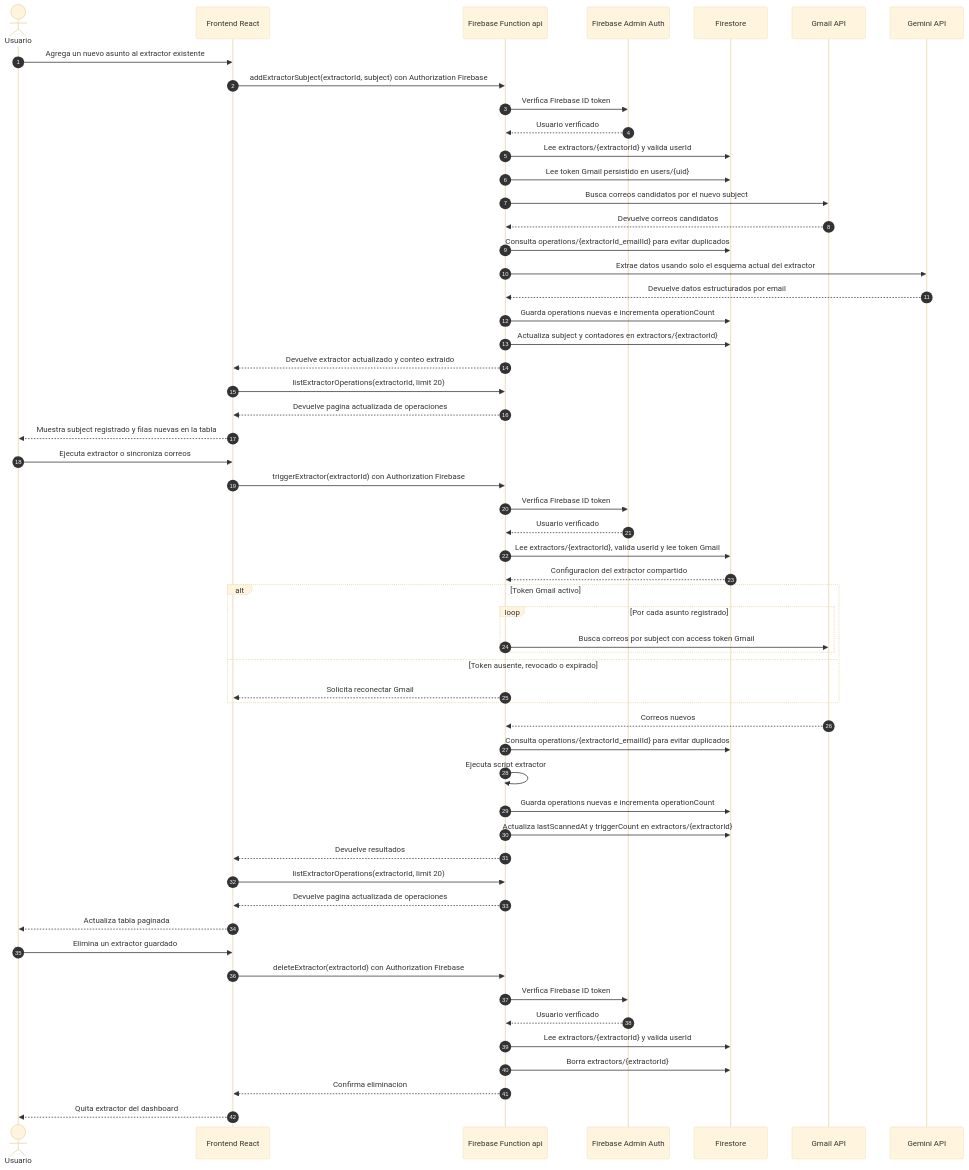
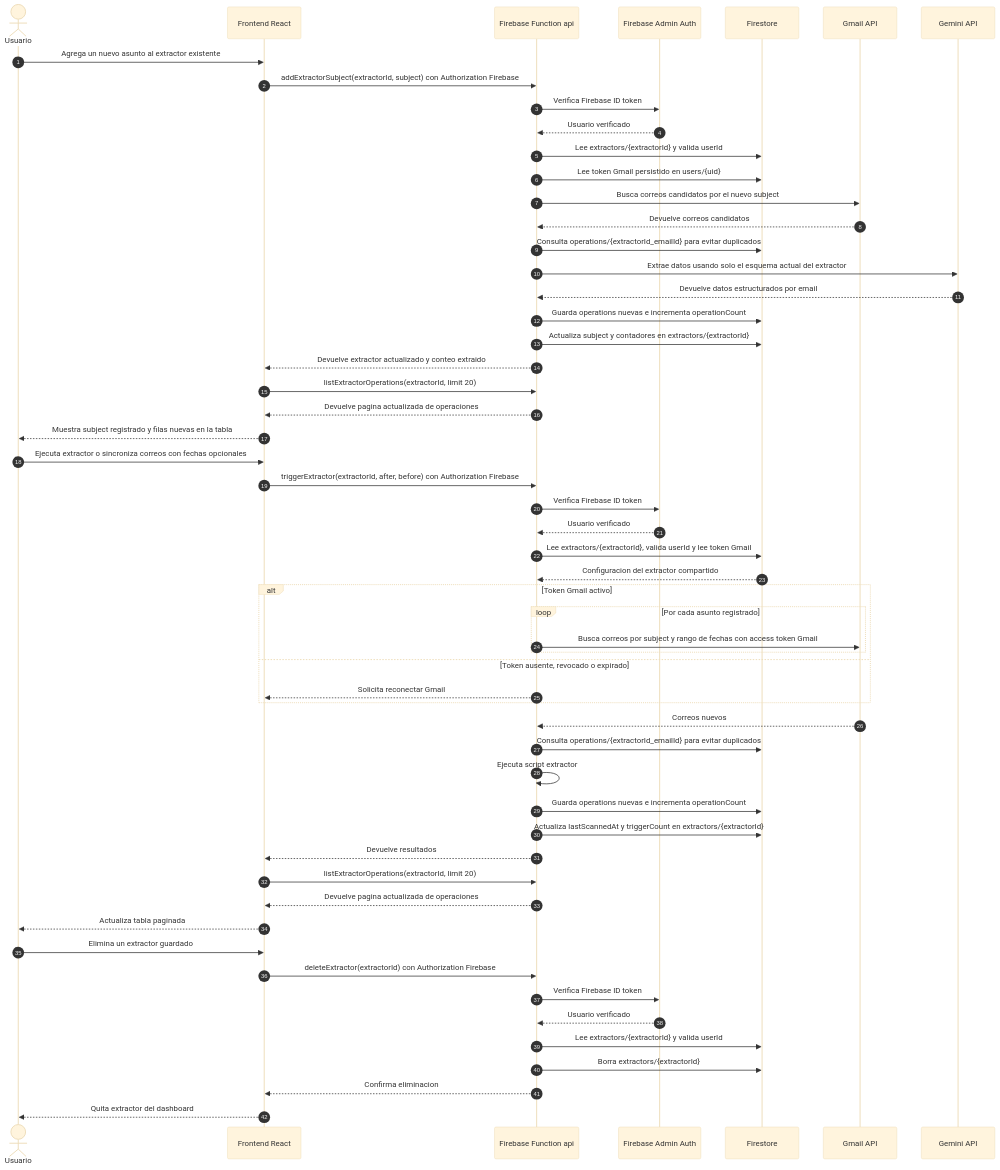
Before and after one commit to mijahilbarra/organizr: the sixth of 9 diagrams in sequence-diagram.md, drawn with Mermaid (base theme). The commit also changed 8 other files, not shown here.

````diff
--- a/sequence-diagram.md
+++ b/sequence-diagram.md
@@ -155,61 +155,61 @@
 ```mermaid
 sequenceDiagram
   autonumber
   actor User as Usuario
   participant Frontend as Frontend React
   participant Function as Firebase Function api
   participant FirebaseAuth as Firebase Admin Auth
   participant Firestore as Firestore
   participant Gmail as Gmail API
   participant Gemini as Gemini API
 
   User->>Frontend: Agrega un nuevo asunto al extractor existente
   Frontend->>Function: addExtractorSubject(extractorId, subject) con Authorization Firebase
   Function->>FirebaseAuth: Verifica Firebase ID token
   FirebaseAuth-->>Function: Usuario verificado
   Function->>Firestore: Lee extractors/{extractorId} y valida userId
   Function->>Firestore: Lee token Gmail persistido en users/{uid}
   Function->>Gmail: Busca correos candidatos por el nuevo subject
   Gmail-->>Function: Devuelve correos candidatos
   Function->>Firestore: Consulta operations/{extractorId_emailId} para evitar duplicados
   Function->>Gemini: Extrae datos usando solo el esquema actual del extractor
   Gemini-->>Function: Devuelve datos estructurados por email
   Function->>Firestore: Guarda operations nuevas e incrementa operationCount
   Function->>Firestore: Actualiza subject y contadores en extractors/{extractorId}
   Function-->>Frontend: Devuelve extractor actualizado y conteo extraido
   Frontend->>Function: listExtractorOperations(extractorId, limit 20)
   Function-->>Frontend: Devuelve pagina actualizada de operaciones
   Frontend-->>User: Muestra subject registrado y filas nuevas en la tabla
 
-  User->>Frontend: Ejecuta extractor o sincroniza correos
-  Frontend->>Function: triggerExtractor(extractorId) con Authorization Firebase
+  User->>Frontend: Ejecuta extractor o sincroniza correos con fechas opcionales
+  Frontend->>Function: triggerExtractor(extractorId, after, before) con Authorization Firebase
   Function->>FirebaseAuth: Verifica Firebase ID token
   FirebaseAuth-->>Function: Usuario verificado
   Function->>Firestore: Lee extractors/{extractorId}, valida userId y lee token Gmail
   Firestore-->>Function: Configuracion del extractor compartido
   alt Token Gmail activo
     loop Por cada asunto registrado
-      Function->>Gmail: Busca correos por subject con access token Gmail
+      Function->>Gmail: Busca correos por subject y rango de fechas con access token Gmail
     end
   else Token ausente, revocado o expirado
     Function-->>Frontend: Solicita reconectar Gmail
   end
   Gmail-->>Function: Correos nuevos
   Function->>Firestore: Consulta operations/{extractorId_emailId} para evitar duplicados
   Function->>Function: Ejecuta script extractor
   Function->>Firestore: Guarda operations nuevas e incrementa operationCount
   Function->>Firestore: Actualiza lastScannedAt y triggerCount en extractors/{extractorId}
   Function-->>Frontend: Devuelve resultados
   Frontend->>Function: listExtractorOperations(extractorId, limit 20)
   Function-->>Frontend: Devuelve pagina actualizada de operaciones
   Frontend-->>User: Actualiza tabla paginada
 
   User->>Frontend: Elimina un extractor guardado
   Frontend->>Function: deleteExtractor(extractorId) con Authorization Firebase
   Function->>FirebaseAuth: Verifica Firebase ID token
   FirebaseAuth-->>Function: Usuario verificado
   Function->>Firestore: Lee extractors/{extractorId} y valida userId
   Function->>Firestore: Borra extractors/{extractorId}
   Function-->>Frontend: Confirma eliminacion
   Frontend-->>User: Quita extractor del dashboard
 ```
````
